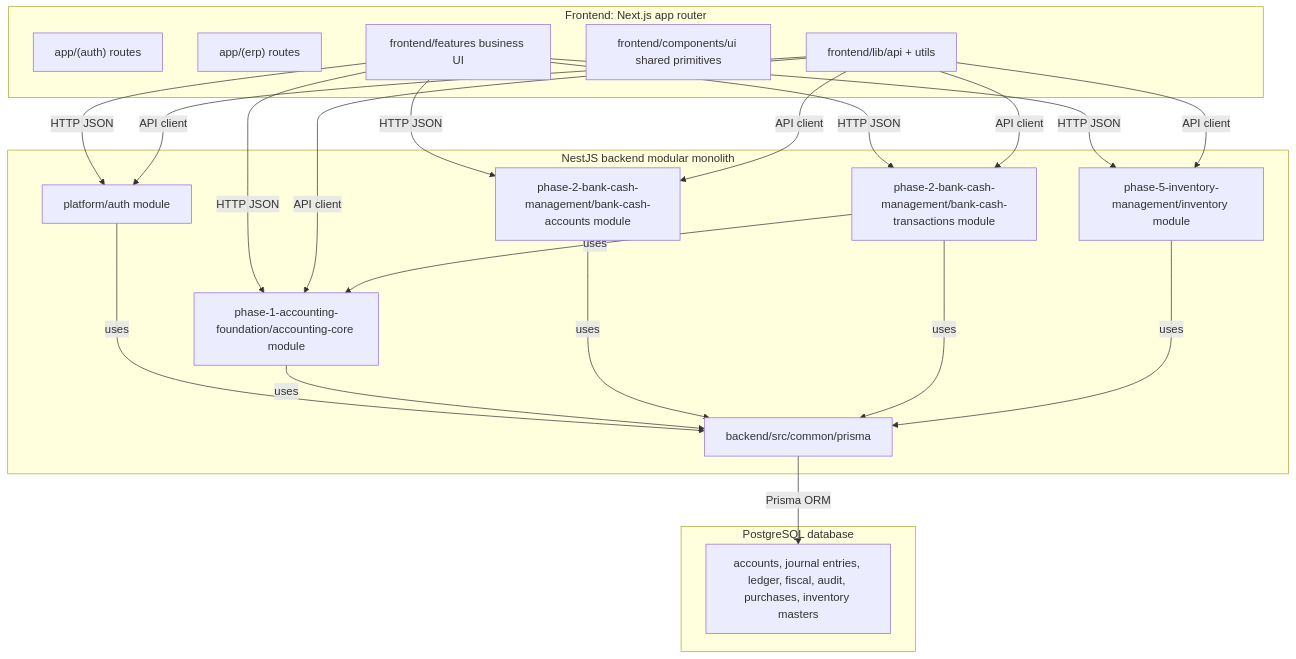
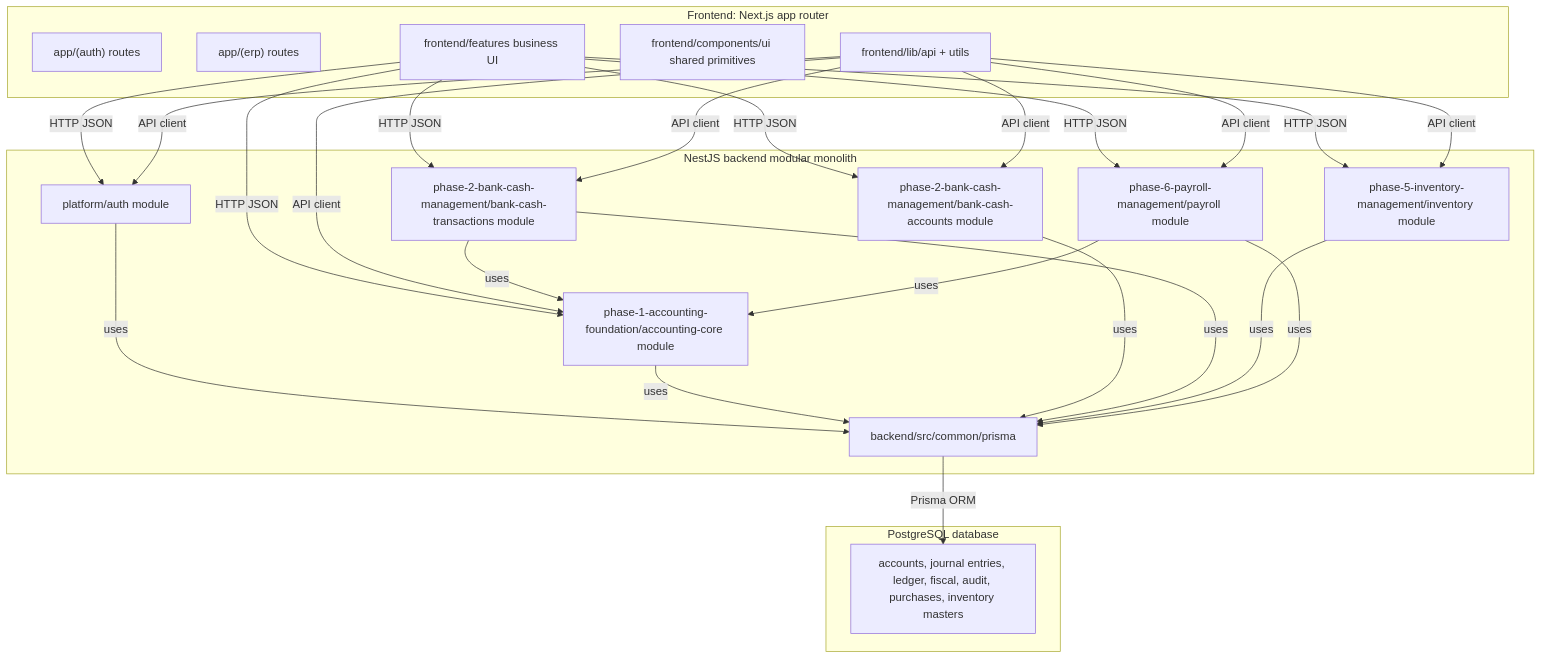
Before and after one commit to Abdalrhman-zadain/simple-account: the first of 3 diagrams in docs/system-structure-report.md, drawn with Mermaid. The commit also changed other lines of this file and 27 other files, not shown here.

````diff
--- a/docs/system-structure-report.md
+++ b/docs/system-structure-report.md
@@ -49,41 +49,46 @@
 ```mermaid
 flowchart TB
   subgraph Frontend["Frontend: Next.js app router"]
     A1["app/(auth) routes"]
     A2["app/(erp) routes"]
     A3["frontend/features business UI"]
     A4["frontend/components/ui shared primitives"]
     A5["frontend/lib/api + utils"]
   end
 
   subgraph Backend["NestJS backend modular monolith"]
     B1["platform/auth module"]
     B2["phase-1-accounting-foundation/accounting-core module"]
     B4["phase-2-bank-cash-management/bank-cash-accounts module"]
     B5["phase-2-bank-cash-management/bank-cash-transactions module"]
     B6["phase-5-inventory-management/inventory module"]
+    B7["phase-6-payroll-management/payroll module"]
     B3["backend/src/common/prisma"]
   end
 
   subgraph Database["PostgreSQL database"]
     C1["accounts, journal entries, ledger, fiscal, audit, purchases, inventory masters"]
   end
 
   A3 -->|HTTP JSON| B1
   A3 -->|HTTP JSON| B2
   A3 -->|HTTP JSON| B4
   A3 -->|HTTP JSON| B5
   A3 -->|HTTP JSON| B6
+  A3 -->|HTTP JSON| B7
   A5 -->|API client| B1
   A5 -->|API client| B2
   A5 -->|API client| B4
   A5 -->|API client| B5
   A5 -->|API client| B6
+  A5 -->|API client| B7
   B1 -->|uses| B3
   B2 -->|uses| B3
   B4 -->|uses| B3
   B5 -->|uses| B2
   B5 -->|uses| B3
   B6 -->|uses| B3
+  B7 -->|uses| B2
+  B7 -->|uses| B3
   B3 -->|Prisma ORM| C1
 ```
````
